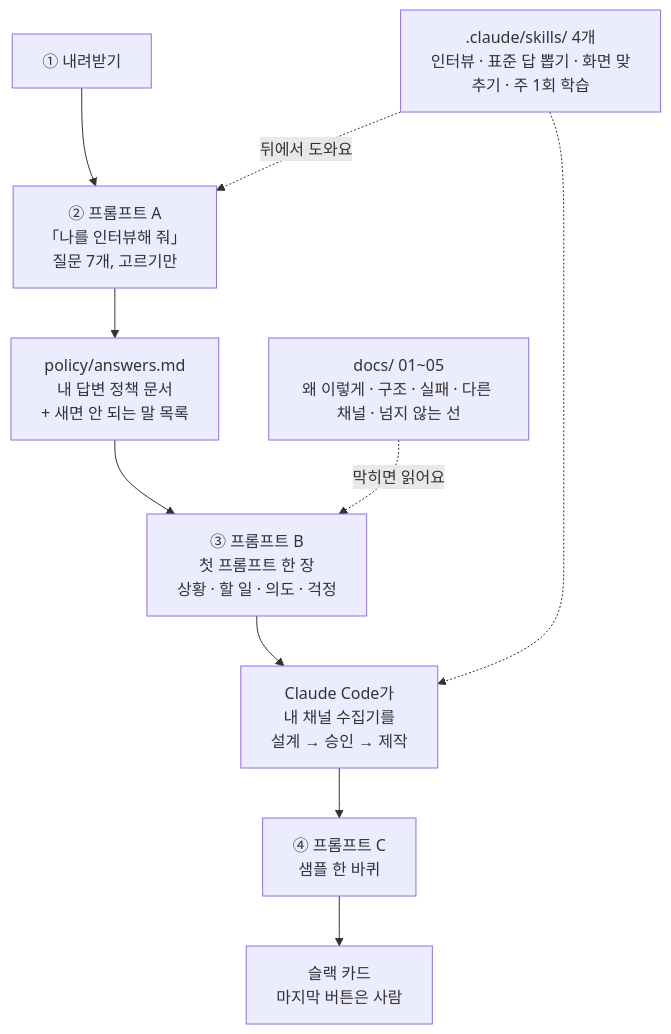
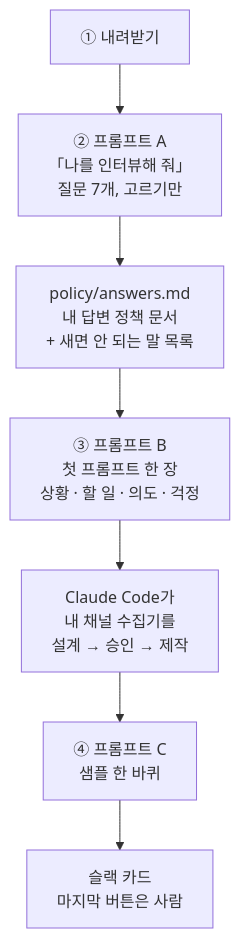
The diagram in README.md (selfishclub/selfish-ax-cx-starter-kit), drawn with Mermaid before and after one commit. The commit also changed other lines of this file, not shown here.

Commit message:
구조도는 7단계만, 스킬 · 문서는 아래 한 줄로

````diff
--- a/README.md
+++ b/README.md
@@ -32,12 +32,9 @@
 ```mermaid
 flowchart TB
   A["① 내려받기"] --> B["② 프롬프트 A<br/>「나를 인터뷰해 줘」<br/>질문 7개, 고르기만"]
   B --> C["policy/answers.md<br/>내 답변 정책 문서<br/>+ 새면 안 되는 말 목록"]
   C --> D["③ 프롬프트 B<br/>첫 프롬프트 한 장<br/>상황 · 할 일 · 의도 · 걱정"]
   D --> E["Claude Code가<br/>내 채널 수집기를<br/>설계 → 승인 → 제작"]
   E --> F["④ 프롬프트 C<br/>샘플 한 바퀴"]
   F --> G["슬랙 카드<br/>마지막 버튼은 사람"]
-  S[".claude/skills/ 4개<br/>인터뷰 · 표준 답 뽑기 · 화면 맞추기 · 주 1회 학습"] -.뒤에서 도와요.-> B
-  S -.-> E
-  X["docs/ 01~05<br/>왜 이렇게 · 구조 · 실패 · 다른 채널 · 넘지 않는 선"] -.막히면 읽어요.-> D
 ```
````
